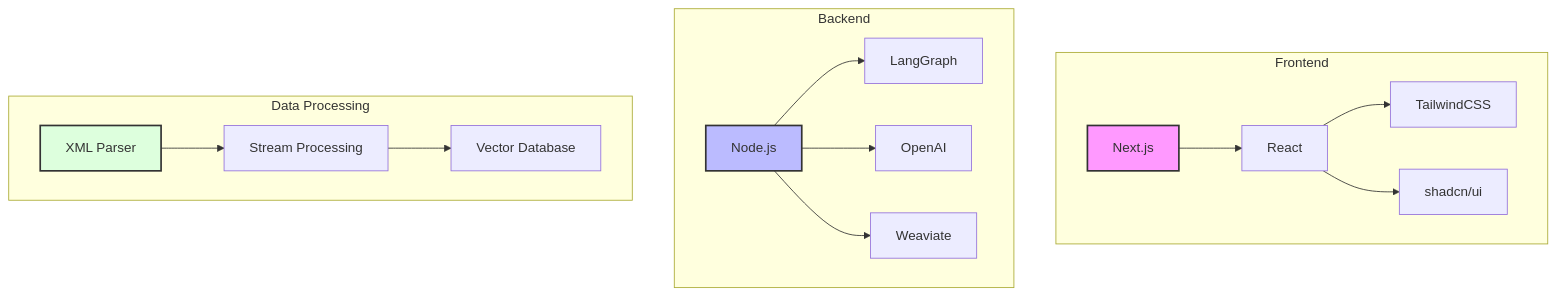
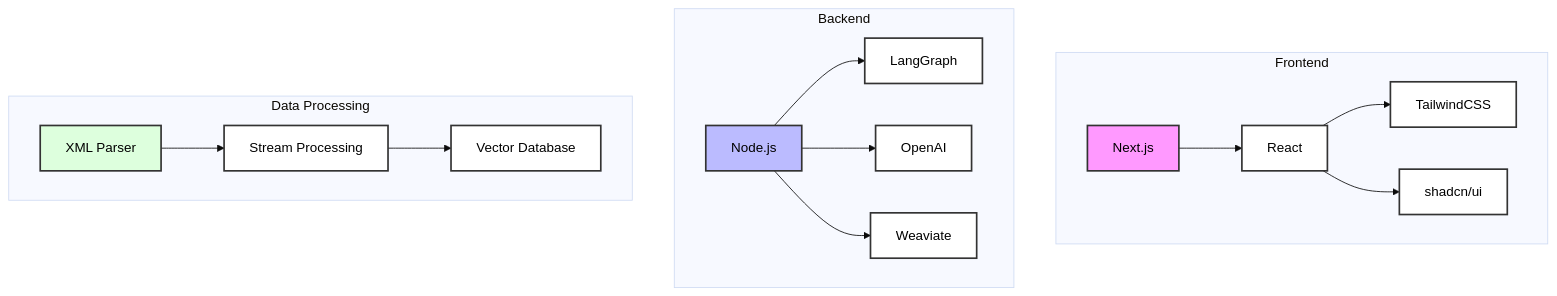
One commit to zhutoutoutousan/chat-iot changed the fifth of 5 diagrams in ARCHITECTURE.md. Above: the diagram before and after it, drawn with Mermaid. The commit also changed other lines of this file, not shown here.

````diff
--- a/ARCHITECTURE.md
+++ b/ARCHITECTURE.md
@@ -160,23 +173,32 @@
 ```mermaid
+%%{init: {'theme': 'base', 'themeVariables': { 'fontFamily': 'arial', 'fontSize': '16px', 'textColor': '#000000' }}}%%
 graph TB
     subgraph "Frontend"
         Next[Next.js] --> React[React]
         React --> Tailwind[TailwindCSS]
         React --> ShadcnUI[shadcn/ui]
     end
     
     subgraph "Backend"
         Node[Node.js] --> LangGraph[LangGraph]
         Node --> OpenAI[OpenAI]
         Node --> Weaviate[Weaviate]
     end
     
     subgraph "Data Processing"
         XML[XML Parser] --> Stream[Stream Processing]
         Stream --> Vector[Vector Database]
     end
 
-    style Next fill:#f9f,stroke:#333,stroke-width:2px
-    style Node fill:#bbf,stroke:#333,stroke-width:2px
-    style XML fill:#dfd,stroke:#333,stroke-width:2px
+    style Next fill:#f9f,stroke:#333,stroke-width:2px,color:#000
+    style React fill:#fff,stroke:#333,stroke-width:2px,color:#000
+    style Tailwind fill:#fff,stroke:#333,stroke-width:2px,color:#000
+    style ShadcnUI fill:#fff,stroke:#333,stroke-width:2px,color:#000
+    style Node fill:#bbf,stroke:#333,stroke-width:2px,color:#000
+    style LangGraph fill:#fff,stroke:#333,stroke-width:2px,color:#000
+    style OpenAI fill:#fff,stroke:#333,stroke-width:2px,color:#000
+    style Weaviate fill:#fff,stroke:#333,stroke-width:2px,color:#000
+    style XML fill:#dfd,stroke:#333,stroke-width:2px,color:#000
+    style Stream fill:#fff,stroke:#333,stroke-width:2px,color:#000
+    style Vector fill:#fff,stroke:#333,stroke-width:2px,color:#000
 ```
````
